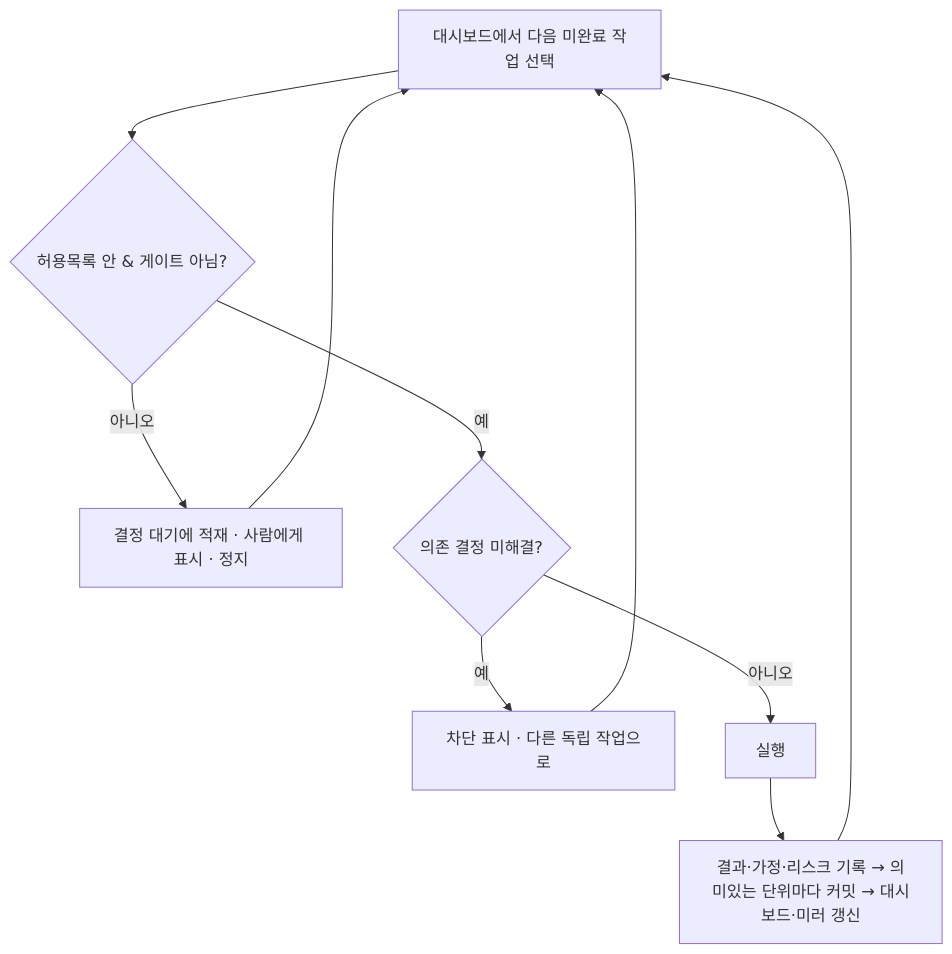
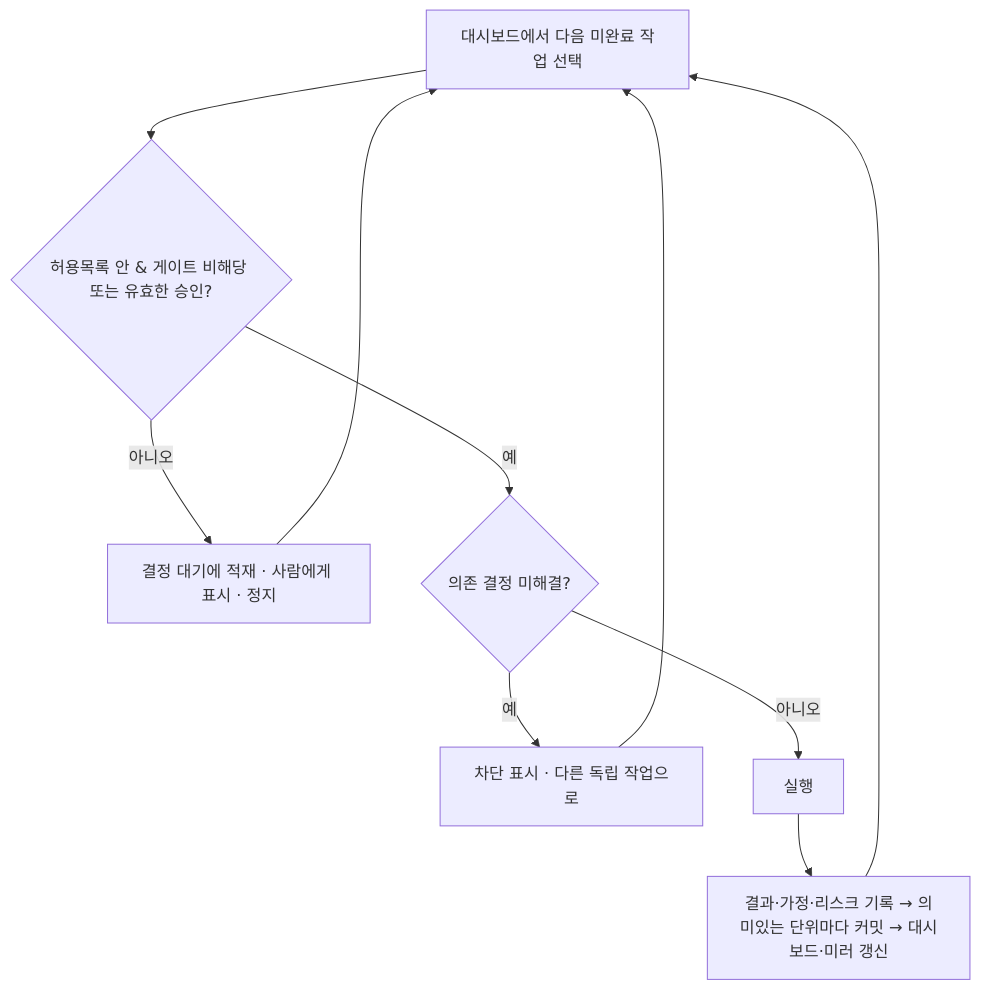
The second of 3 diagrams in dist/Quetzalcoatl-FULL.md (chquandogong/Quetzalcoatl), drawn with Mermaid before and after one commit. The commit also changed other lines of this file and 7 other files, not shown here.

````diff
--- a/dist/Quetzalcoatl-FULL.md
+++ b/dist/Quetzalcoatl-FULL.md
@@ -793,12 +793,12 @@
 ```mermaid
 flowchart TD
-  A[대시보드에서 다음 미완료 작업 선택] --> B{허용목록 안 & 게이트 아님?}
+  A[대시보드에서 다음 미완료 작업 선택] --> B{허용목록 안 & 게이트 비해당 또는 유효한 승인?}
   B -- 아니오 --> G[결정 대기에 적재 · 사람에게 표시 · 정지]
   B -- 예 --> C{의존 결정 미해결?}
   C -- 예 --> D[차단 표시 · 다른 독립 작업으로]
   C -- 아니오 --> E[실행]
   E --> F[결과·가정·리스크 기록 → 의미있는 단위마다 커밋 → 대시보드·미러 갱신]
   F --> A
   G --> A
   D --> A
 ```
````
